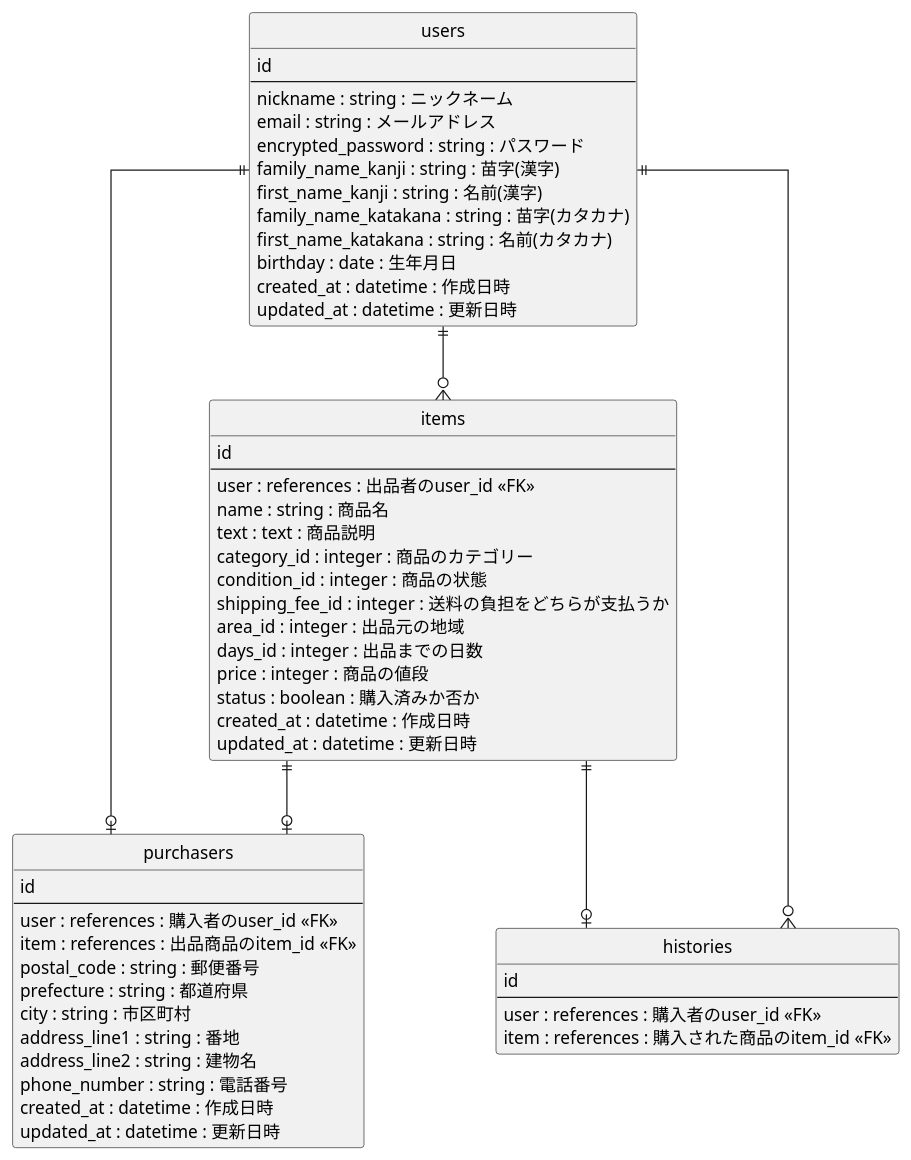
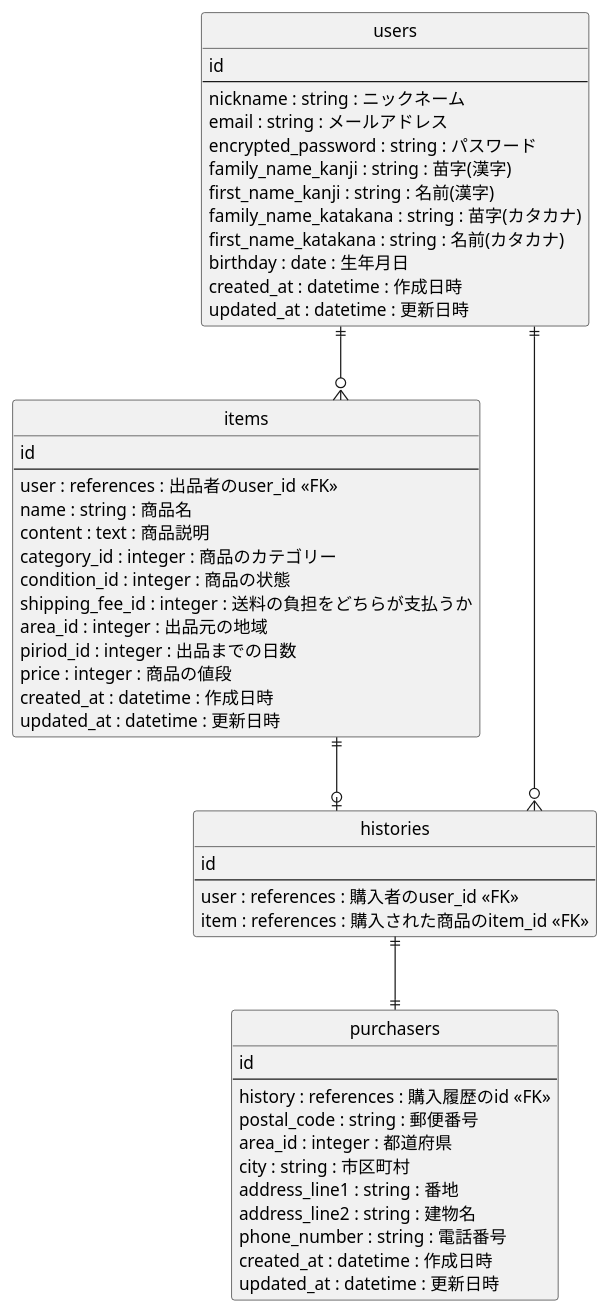
The diagram in er.plantuml (sugitaku222719/furima-41660), drawn with PlantUML before and after one commit. The commit also changed 1 other file, not shown here.

Commit message:
er図の修正、READMEの修正

```diff
--- a/er.plantuml
+++ b/er.plantuml
@@ -1,67 +1,66 @@
 @startuml furima
 ' hide the spot
 hide circle
 
 ' avoid problems with angled crows feet
 skinparam linetype ortho
 
 entity "items" as items {
   id
   --
   user : references : 出品者のuser_id <<FK>>
   name : string : 商品名
-  text : text : 商品説明
+  content : text : 商品説明
   category_id : integer : 商品のカテゴリー
   condition_id : integer : 商品の状態
   shipping_fee_id : integer : 送料の負担をどちらが支払うか
   area_id : integer : 出品元の地域
-  days_id : integer : 出品までの日数
+  piriod_id : integer : 出品までの日数
   price : integer : 商品の値段
-  status : boolean : 購入済みか否か
   created_at : datetime : 作成日時
   updated_at : datetime : 更新日時
 }
 
 entity "users" as users {
   id
   --
   nickname : string : ニックネーム
   email : string : メールアドレス
   encrypted_password : string : パスワード
   family_name_kanji : string : 苗字(漢字)
   first_name_kanji : string : 名前(漢字)
   family_name_katakana : string : 苗字(カタカナ)
   first_name_katakana : string : 名前(カタカナ)
   birthday : date : 生年月日
   created_at : datetime : 作成日時
   updated_at : datetime : 更新日時
 }
 
 entity "purchasers" as purchasers {
   id
   --
-  user : references : 購入者のuser_id <<FK>>
-  item : references : 出品商品のitem_id <<FK>>
+  history : references : 購入履歴のid <<FK>>
   postal_code : string : 郵便番号
-  prefecture : string : 都道府県
+  area_id : integer : 都道府県
   city : string : 市区町村
   address_line1 : string : 番地
   address_line2 : string : 建物名
   phone_number : string : 電話番号 
   created_at : datetime : 作成日時
   updated_at : datetime : 更新日時
 }
 
 entity "histories" as histories {
   id
   --
   user : references : 購入者のuser_id <<FK>>
   item : references : 購入された商品のitem_id <<FK>>
 }
+
+
 users ||--o{ items
 users ||--o{ histories
-users ||--o| purchasers
-items ||--o| purchasers
 items ||--o| histories
+histories ||--|| purchasers
 
 @enduml
```
